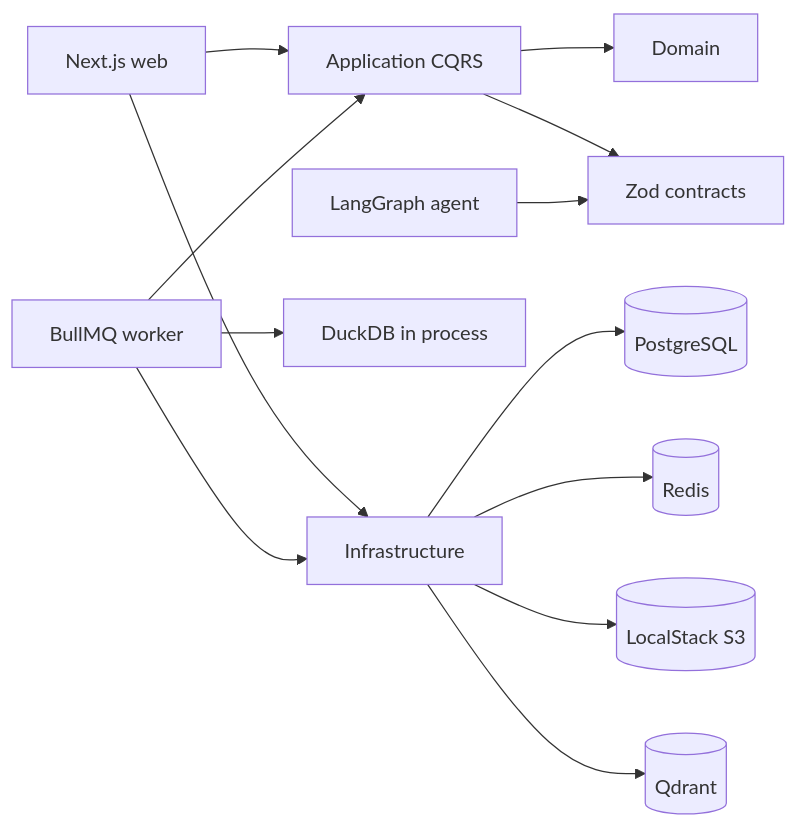
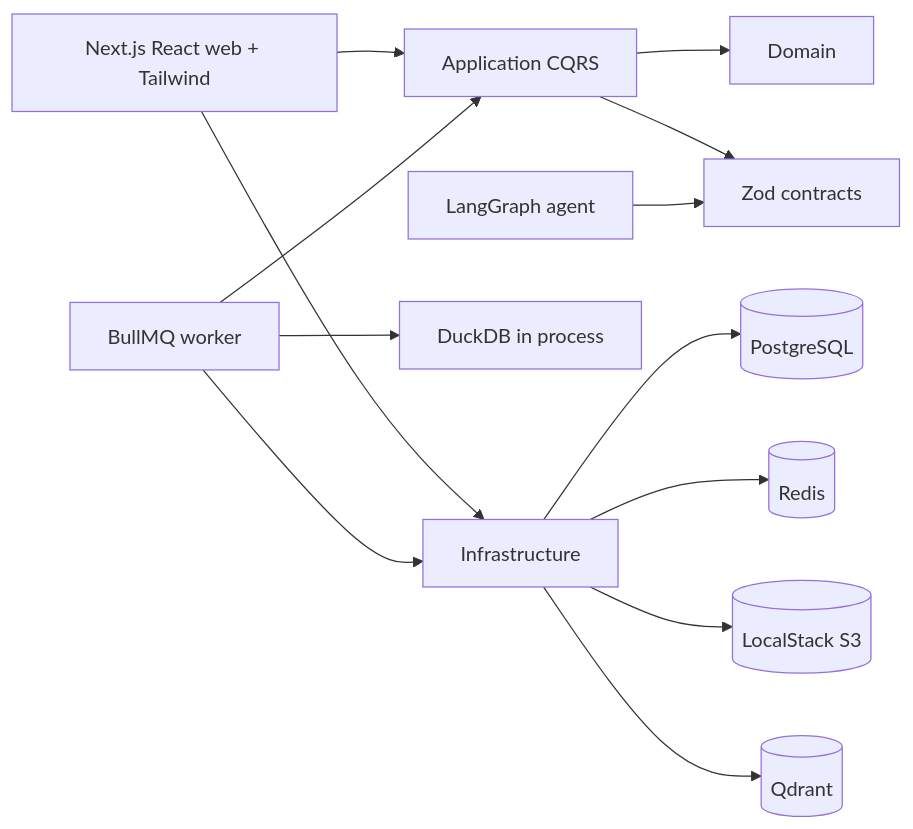
One commit to hanzala-afzal-dev/AI-CSV changed the diagram in docs/architecture.md. Above: the diagram before and after it, drawn with Mermaid. The commit also changed other lines of this file and 11 other files, not shown here.

Commit message:
boilet plate: setup react.js packaged with tailwind css processor

````diff
--- a/docs/architecture.md
+++ b/docs/architecture.md
@@ -8,15 +8,15 @@
 ```mermaid
 flowchart LR
-  Web[Next.js web] --> App[Application CQRS]
+  Web[Next.js React web + Tailwind] --> App[Application CQRS]
   Worker[BullMQ worker] --> App
   App --> Domain[Domain]
   Web --> Infra[Infrastructure]
   Worker --> Infra
   Infra --> Postgres[(PostgreSQL)]
   Infra --> Redis[(Redis)]
   Infra --> S3[(LocalStack S3)]
   Infra --> Qdrant[(Qdrant)]
   Worker --> DuckDB[DuckDB in process]
   App --> Contracts[Zod contracts]
   Agent[LangGraph agent] --> Contracts
 ```
````
